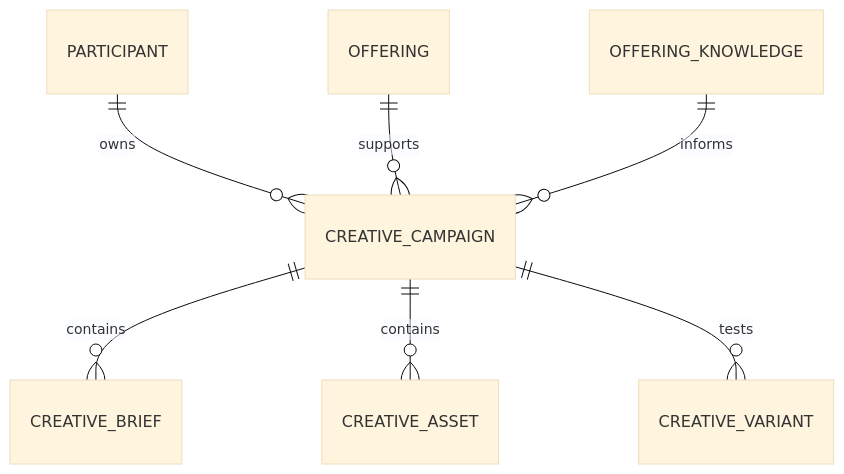
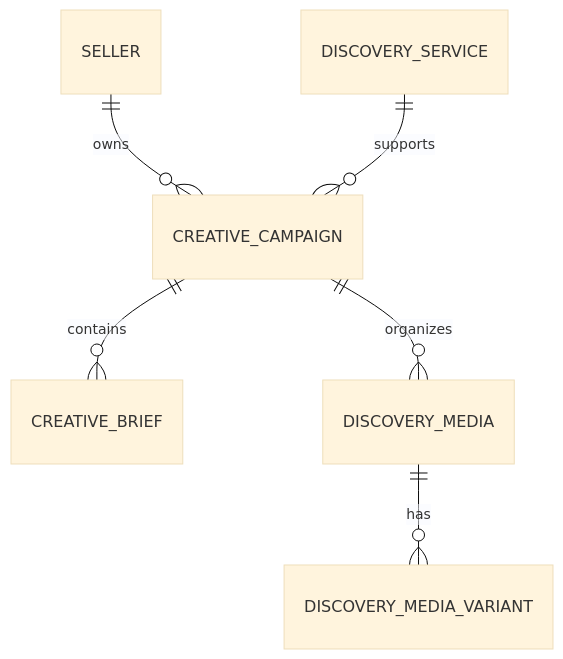
The second of 3 diagrams in docs/05-creative-studio.md (petkao/pinkcurve-blueprint), drawn with Mermaid (base theme) before and after one commit. The commit also changed other lines of this file and 4 other files, not shown here.

Commit message:
Align Discovery architecture across blueprint chapters

````diff
--- a/docs/05-creative-studio.md
+++ b/docs/05-creative-studio.md
@@ -563,9 +656,8 @@
 ```mermaid
 erDiagram
-    PARTICIPANT ||--o{ CREATIVE_CAMPAIGN : owns
-    OFFERING ||--o{ CREATIVE_CAMPAIGN : supports
-    OFFERING_KNOWLEDGE ||--o{ CREATIVE_CAMPAIGN : informs
+    SELLER ||--o{ CREATIVE_CAMPAIGN : owns
+    DISCOVERY_SERVICE ||--o{ CREATIVE_CAMPAIGN : supports
     CREATIVE_CAMPAIGN ||--o{ CREATIVE_BRIEF : contains
-    CREATIVE_CAMPAIGN ||--o{ CREATIVE_ASSET : contains
-    CREATIVE_CAMPAIGN ||--o{ CREATIVE_VARIANT : tests
+    CREATIVE_CAMPAIGN ||--o{ DISCOVERY_MEDIA : organizes
+    DISCOVERY_MEDIA ||--o{ DISCOVERY_MEDIA_VARIANT : has
 ```
````
